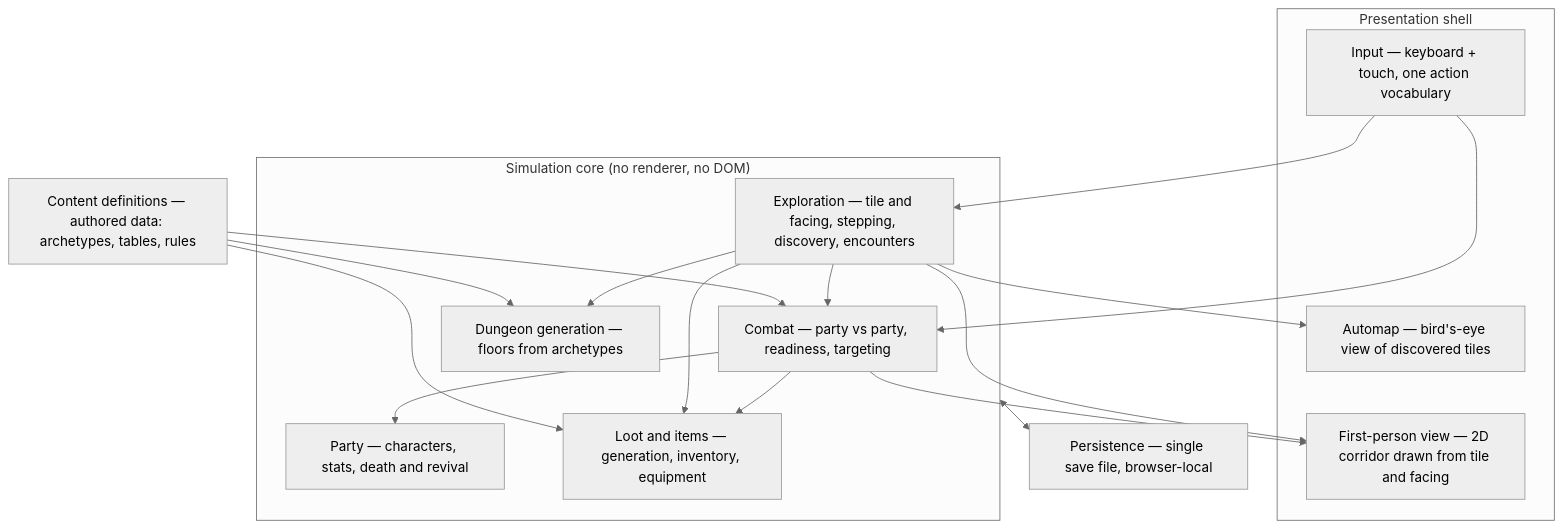
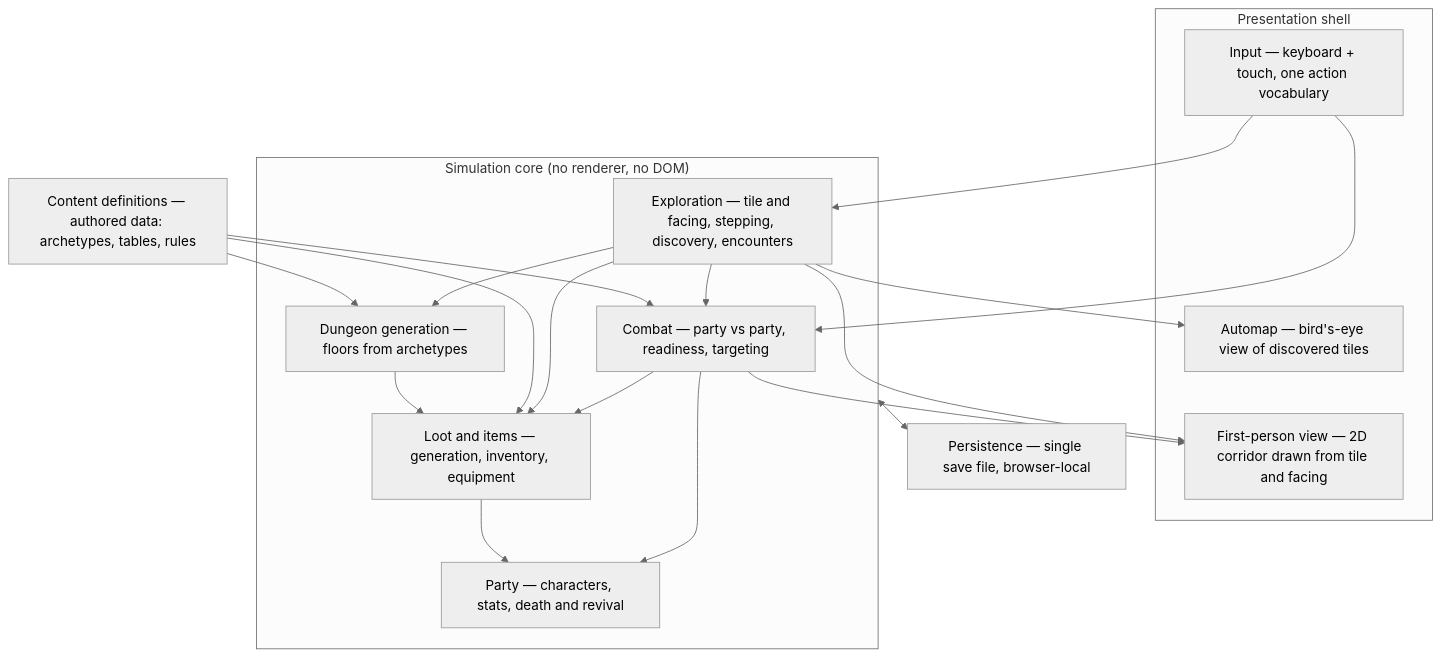
Before and after one commit to mjschleckser/deepcrawl: the diagram in docs/high-level-design.md, drawn with Mermaid (neutral theme). The commit also changed other lines of this file, not shown here.

Commit message:
Say in the HLD what loot is: rolled by rarity from fights and chests, with gold and consumables

````diff
--- a/docs/high-level-design.md
+++ b/docs/high-level-design.md
@@ -153,34 +153,36 @@
 ```mermaid
 flowchart TB
     subgraph shell["Presentation shell"]
         view["First-person view — 2D corridor drawn from tile and facing"]
         automap["Automap — bird's-eye view of discovered tiles"]
         input["Input — keyboard + touch, one action vocabulary"]
     end
 
     subgraph sim["Simulation core (no renderer, no DOM)"]
         combat["Combat — party vs party, readiness, targeting"]
         party["Party — characters, stats, death and revival"]
         explore["Exploration — tile and facing, stepping, discovery, encounters"]
         dungeon["Dungeon generation — floors from archetypes"]
         loot["Loot and items — generation, inventory, equipment"]
     end
 
     content["Content definitions — authored data: archetypes, tables, rules"]
     save["Persistence — single save file, browser-local"]
 
     input --> explore
     input --> combat
     explore --> view
     explore --> automap
     combat --> view
     explore --> combat
     combat --> party
     explore --> dungeon
     combat --> loot
     explore --> loot
     content --> dungeon
     content --> combat
     content --> loot
+    dungeon --> loot
+    loot --> party
     sim <--> save
 ```
````
